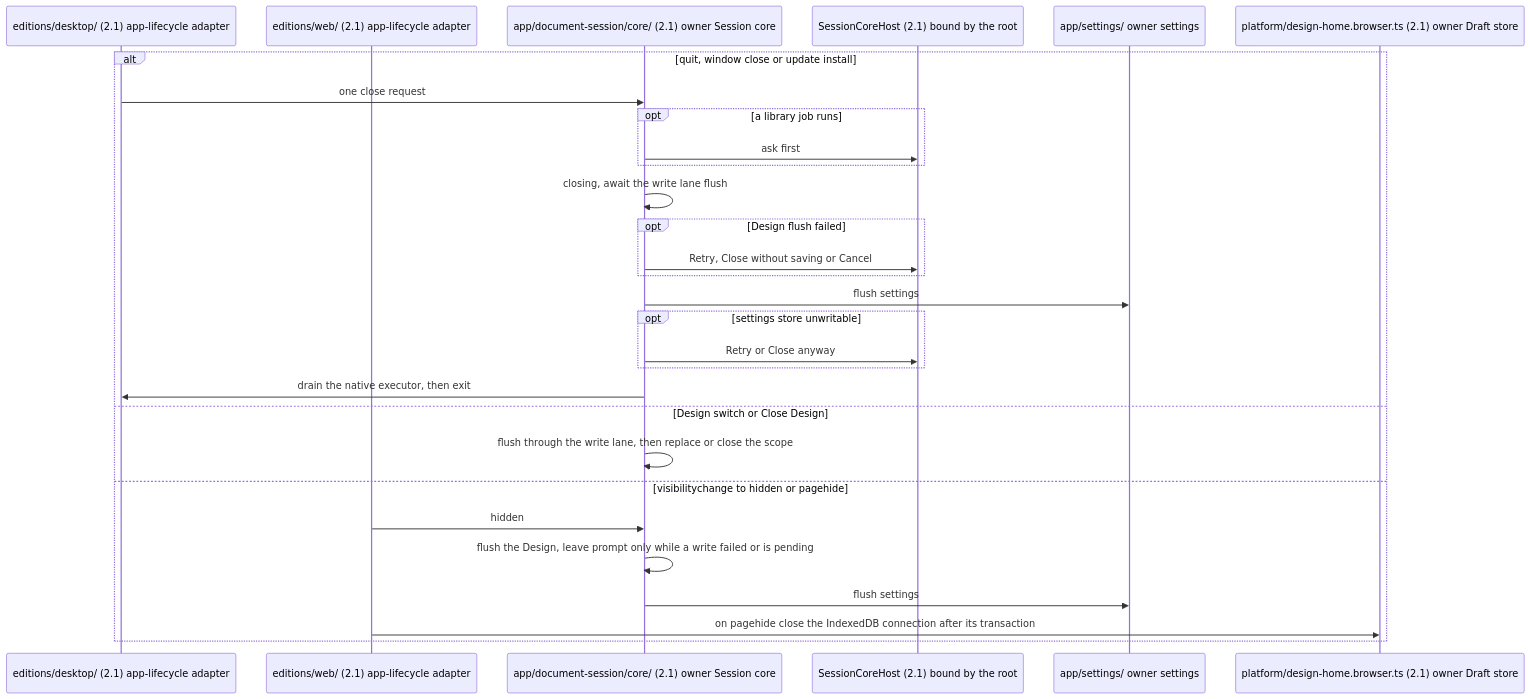
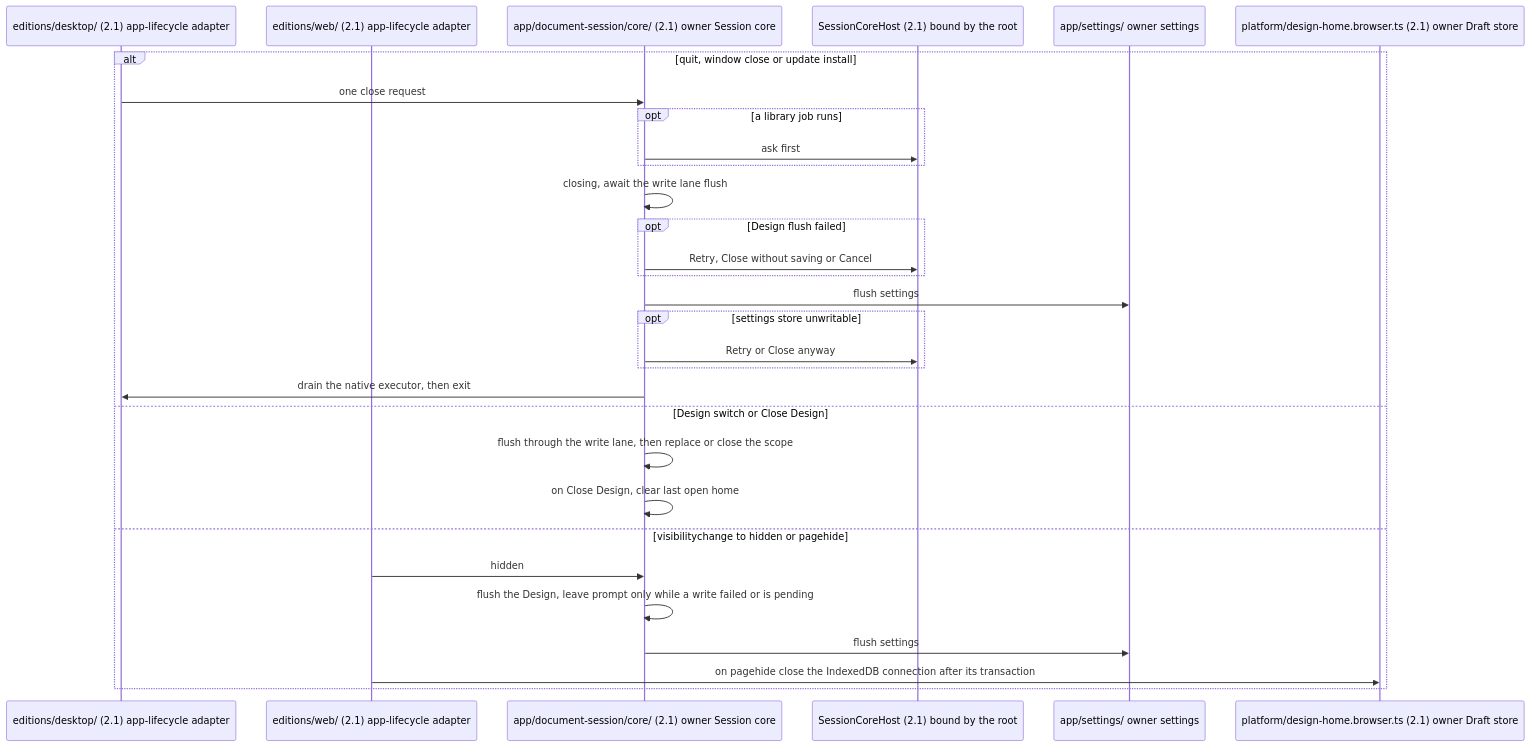
One commit to opencanopi/canopi changed the second of 6 diagrams in docs/architecture/flows-document.md. Above: the diagram before and after it, drawn with Mermaid. The commit also changed other lines of this file and 33 other files, not shown here.

Commit message:
docs: apply the architecture review's findings to ADRs, plan, contracts, ledger and model

````diff
--- a/docs/architecture/flows-document.md
+++ b/docs/architecture/flows-document.md
@@ -51,31 +55,32 @@
 ```mermaid
 sequenceDiagram
   participant Life as editions/desktop/ (2.1) app-lifecycle adapter
   participant Web as editions/web/ (2.1) app-lifecycle adapter
   participant Core as app/document-session/core/ (2.1) owner Session core
   participant Ask as SessionCoreHost (2.1) bound by the root
   participant Set as app/settings/ owner settings
   participant Drafts as platform/design-home.browser.ts (2.1) owner Draft store
   alt quit, window close or update install
     Life->>Core: one close request
     opt a library job runs
       Core->>Ask: ask first
     end
     Core->>Core: closing, await the write lane flush
     opt Design flush failed
       Core->>Ask: Retry, Close without saving or Cancel
     end
     Core->>Set: flush settings
     opt settings store unwritable
       Core->>Ask: Retry or Close anyway
     end
     Core->>Life: drain the native executor, then exit
   else Design switch or Close Design
     Core->>Core: flush through the write lane, then replace or close the scope
+    Core->>Core: on Close Design, clear last open home
   else visibilitychange to hidden or pagehide
     Web->>Core: hidden
     Core->>Core: flush the Design, leave prompt only while a write failed or is pending
     Core->>Set: flush settings
     Web->>Drafts: on pagehide close the IndexedDB connection after its transaction
   end
 ```
````
